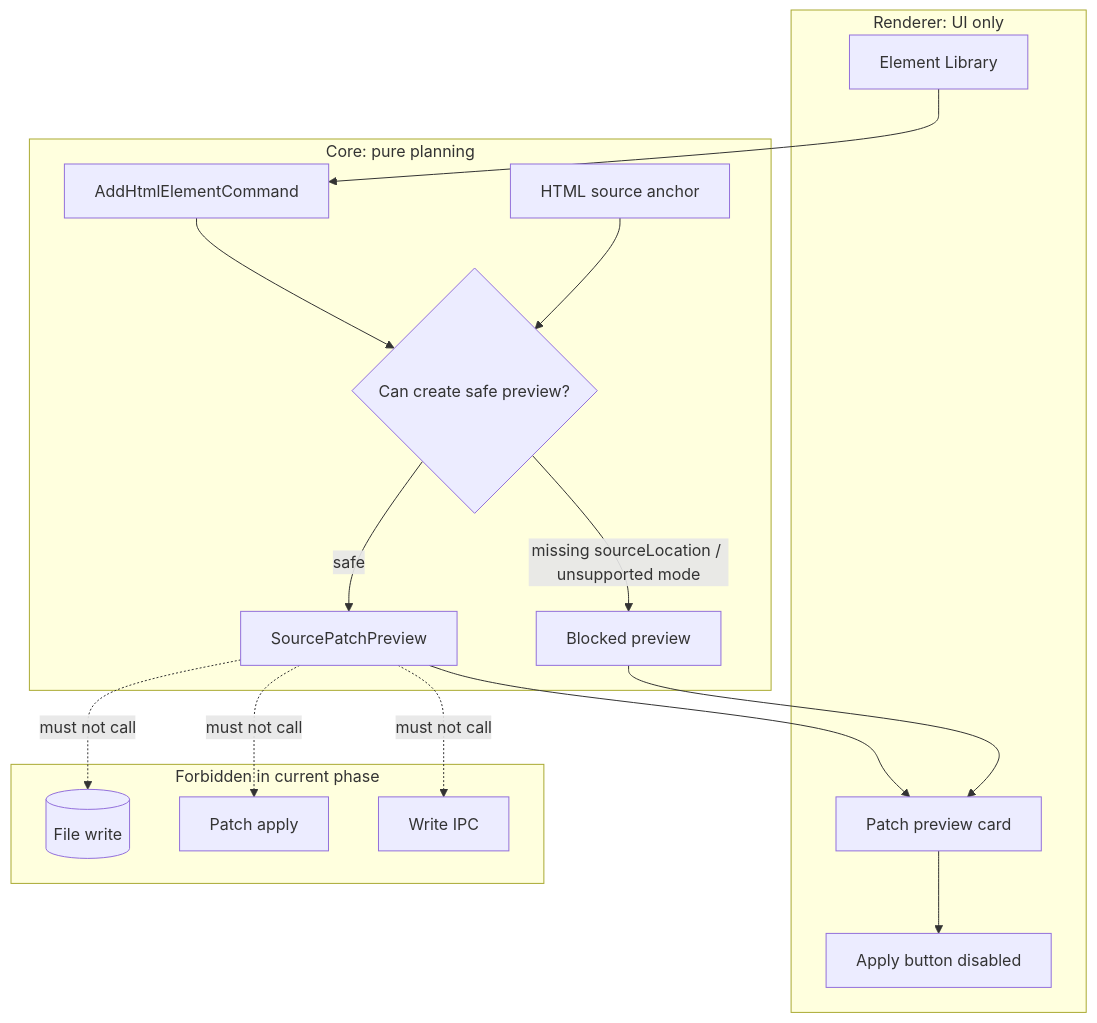
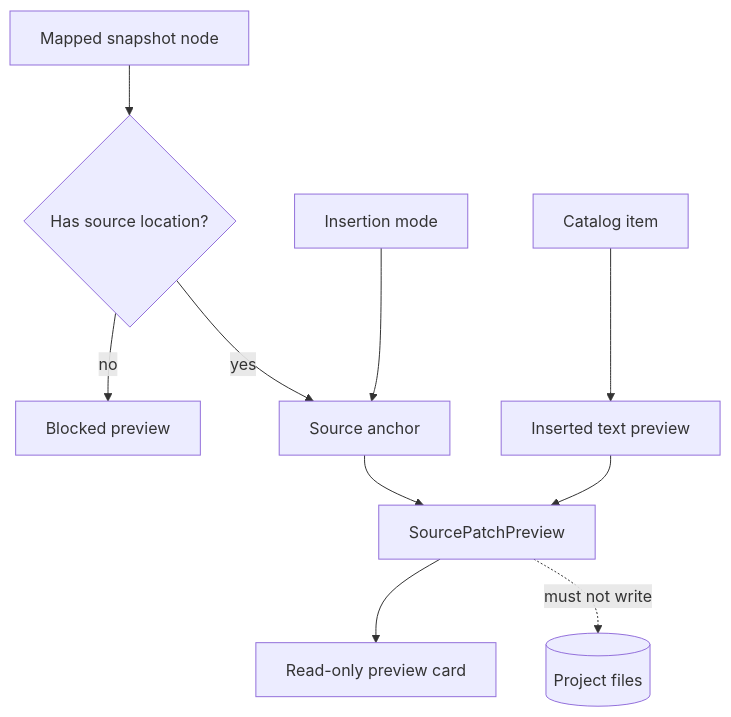
The diagram in docs/architecture/commands/source-patch-preview.md (krestosa/Crystal), drawn with Mermaid before and after one commit. The commit also changed other lines of this file and 60 other files, not shown here.

````diff
--- a/docs/architecture/commands/source-patch-preview.md
+++ b/docs/architecture/commands/source-patch-preview.md
@@ -68,34 +47,12 @@
 ```mermaid
 flowchart TD
-  subgraph Renderer[Renderer: UI only]
-    Library[Element Library]
-    PreviewCard[Patch preview card]
-    Apply[Apply button disabled]
-  end
-
-  subgraph Core[Core: pure planning]
-    Command[AddHtmlElementCommand]
-    Planner{Can create safe preview?}
-    Anchor[HTML source anchor]
-    Patch[SourcePatchPreview]
-    Blocked[Blocked preview]
-  end
-
-  subgraph Forbidden[Forbidden in current phase]
-    FileWrite[(File write)]
-    PatchApply[Patch apply]
-    WriteIPC[Write IPC]
-  end
-
-  Library --> Command
-  Command --> Planner
-  Anchor --> Planner
-  Planner -->|safe| Patch
-  Planner -->|missing sourceLocation / unsupported mode| Blocked
-  Patch --> PreviewCard
-  Blocked --> PreviewCard
-  PreviewCard --> Apply
-  Patch -. must not call .-> FileWrite
-  Patch -. must not call .-> PatchApply
-  Patch -. must not call .-> WriteIPC
+  Node[Mapped snapshot node] --> Location{Has source location?}
+  Location -->|no| Blocked[Blocked preview]
+  Location -->|yes| Anchor[Source anchor]
+  Mode[Insertion mode] --> Anchor
+  Item[Catalog item] --> Text[Inserted text preview]
+  Anchor --> Patch[SourcePatchPreview]
+  Text --> Patch
+  Patch --> UI[Read-only preview card]
+  Patch -. must not write .-> Files[(Project files)]
 ```
````
